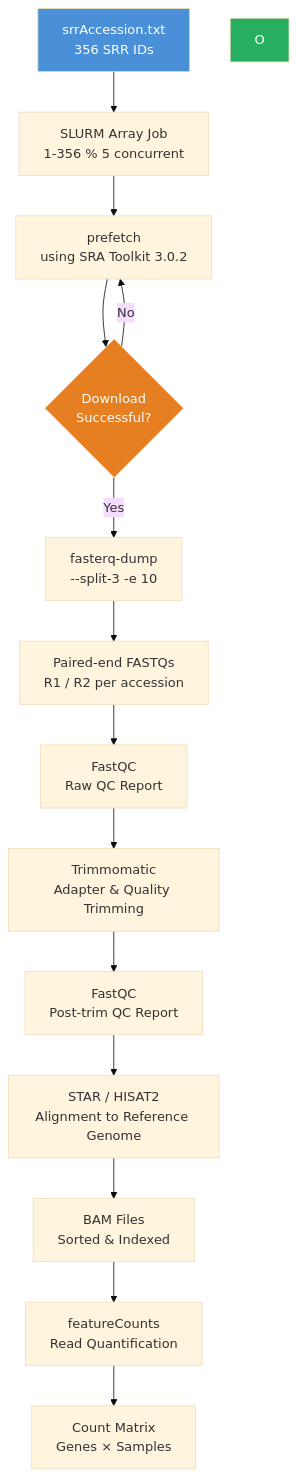
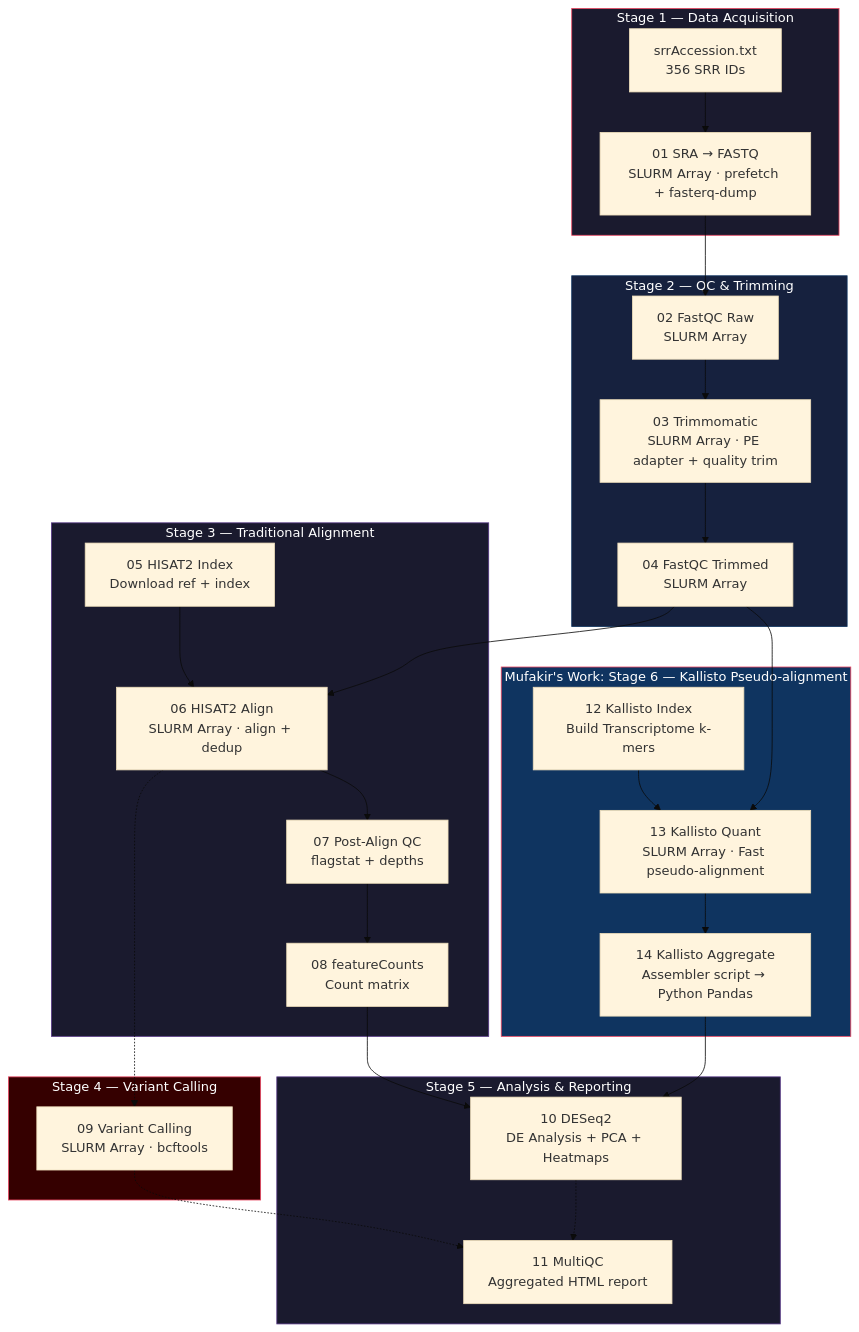
One commit to cleancoder1016/ebola_class_project changed the diagram in README.md. Above: the diagram before and after it, drawn with Mermaid (base theme). The commit also changed other lines of this file, not shown here.

Commit message:
docs: Rewrite README with comprehensive pipeline architecture and mermaid flowchart

````diff
--- a/README.md
+++ b/README.md
@@ -9,19 +19,43 @@
 ```mermaid
 flowchart TD
-    A[srrAccession.txt\n356 SRR IDs] --> B[SLURM Array Job\n1-356 % 5 concurrent]
-    B --> C[prefetch\nusing SRA Toolkit 3.0.2]
-    C --> D{Download\nSuccessful?}
-    D -- No --> C
-    D -- Yes --> E[fasterq-dump\n--split-3 -e 10]
-    E --> F[Paired-end FASTQs\nR1 / R2 per accession]
-    F --> G[FastQC\nRaw QC Report]
-    G --> H[Trimmomatic\nAdapter & Quality Trimming]
-    H --> I[FastQC\nPost-trim QC Report]
-    I --> J[STAR / HISAT2\nAlignment to Reference Genome]
-    J --> K[BAM Files\nSorted & Indexed]
-    K --> L[featureCounts\nRead Quantification]
-    L --> M[Count Matrix\nGenes × Samples]
-    style A fill:#4a90d9,color:#fff
-    style O fill:#27ae60,color:#fff
-    style D fill:#e67e22,color:#fff
+    subgraph S1["Stage 1 — Data Acquisition"]
+        A[srrAccession.txt<br/>356 SRR IDs] --> B[01 SRA → FASTQ<br/>SLURM Array · prefetch + fasterq-dump]
+    end
+
+    subgraph S2["Stage 2 — QC & Trimming"]
+        B --> C[02 FastQC Raw<br/>SLURM Array]
+        C --> D[03 Trimmomatic<br/>SLURM Array · PE adapter + quality trim]
+        D --> E[04 FastQC Trimmed<br/>SLURM Array]
+    end
+
+    subgraph S3["Stage 3 — Traditional Alignment"]
+        F[05 HISAT2 Index<br/>Download ref + index] --> G
+        E --> G[06 HISAT2 Align<br/>SLURM Array · align + dedup]
+        G --> H[07 Post-Align QC<br/>flagstat + depths]
+        H --> I[08 featureCounts<br/>Count matrix]
+    end
+
+    subgraph S6["Mufakir's Work: Stage 6 — Kallisto Pseudo-alignment"]
+        K1[12 Kallisto Index<br/>Build Transcriptome k-mers] --> K2
+        E --> K2[13 Kallisto Quant<br/>SLURM Array · Fast pseudo-alignment]
+        K2 --> K3[14 Kallisto Aggregate<br/>Assembler script → Python Pandas]
+    end
+    
+    subgraph S4["Stage 4 — Variant Calling"]
+        G -.-> J[09 Variant Calling<br/>SLURM Array · bcftools]
+    end
+
+    subgraph S5["Stage 5 — Analysis & Reporting"]
+        I --> K[10 DESeq2<br/>DE Analysis + PCA + Heatmaps]
+        K3 --> K
+        J -.-> L[11 MultiQC<br/>Aggregated HTML report]
+        K -.-> L
+    end
+
+    style S1 fill:#1a1a2e,stroke:#e94560,color:#fff
+    style S2 fill:#16213e,stroke:#0f3460,color:#fff
+    style S3 fill:#1a1a2e,stroke:#533483,color:#fff
+    style S4 fill:#350000,stroke:#e94560,color:#fff
+    style S6 fill:#0f3460,stroke:#e94560,color:#fff
+    style S5 fill:#1a1a2e,stroke:#533483,color:#fff
 ```
````
